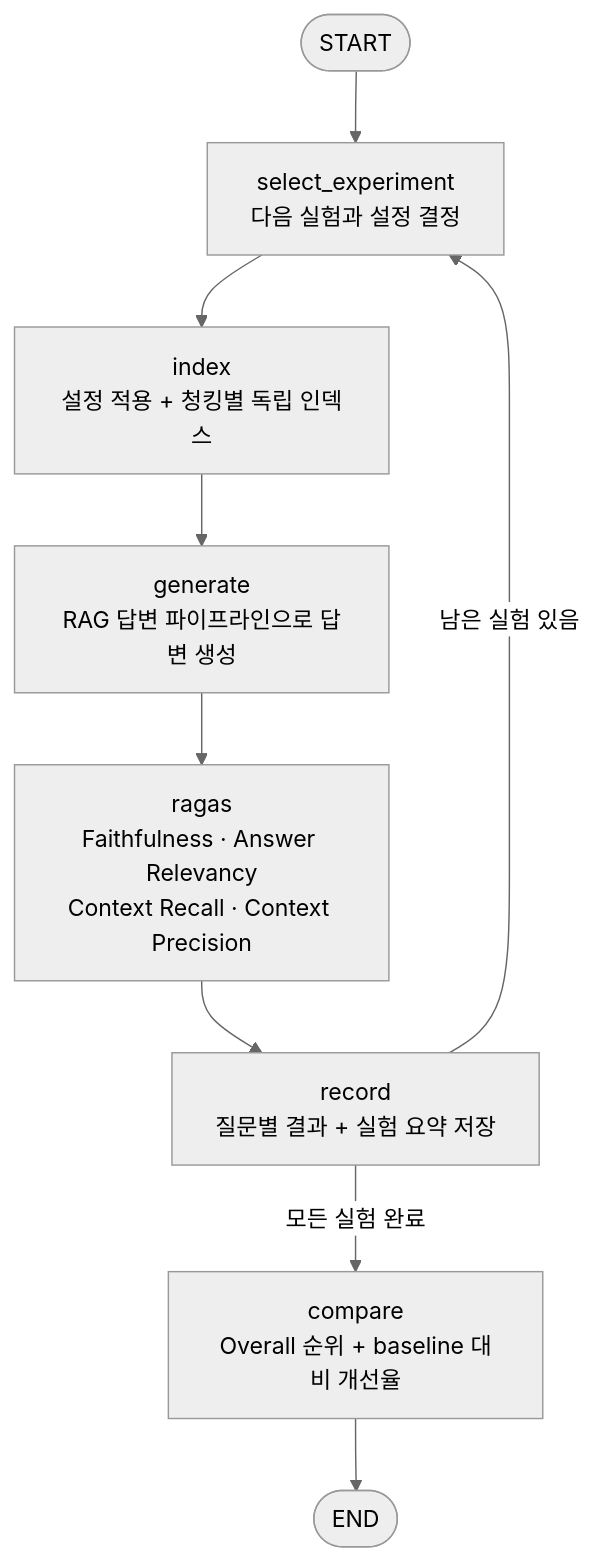
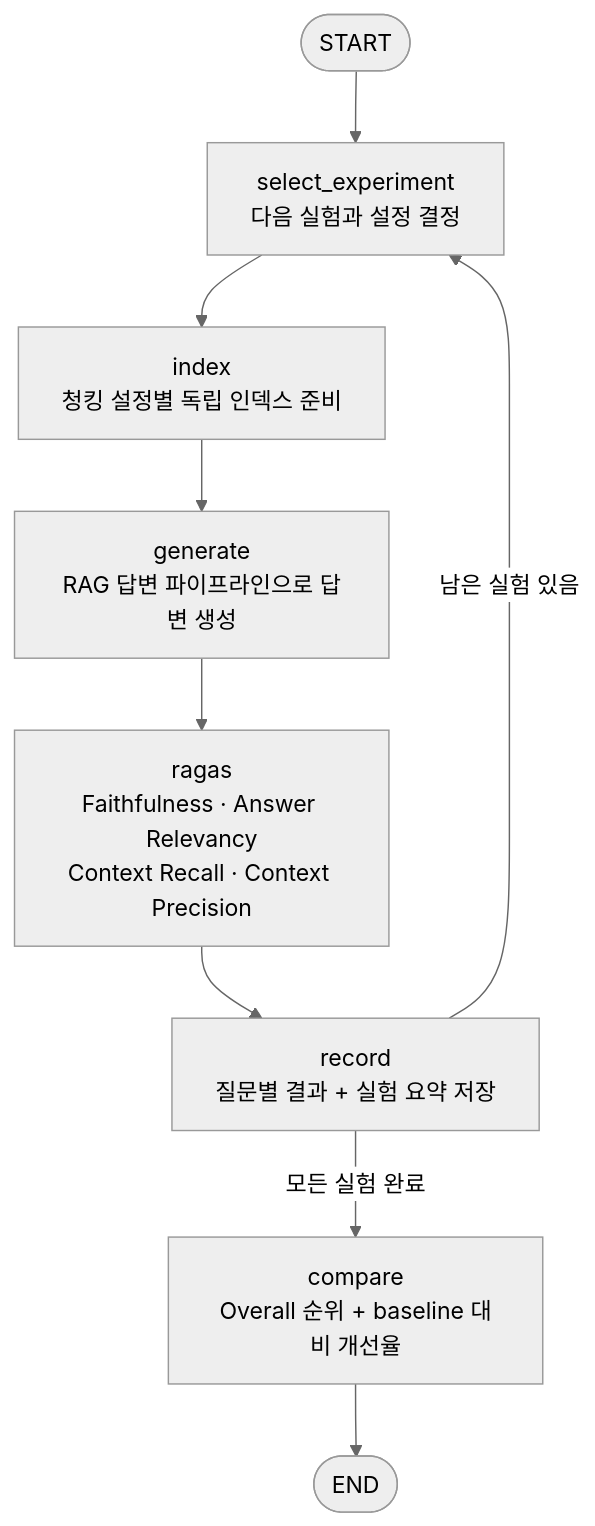
One commit to wook099/langgraph-rag-tuning changed the second of 2 diagrams in README.md. Above: the diagram before and after it, drawn with Mermaid (neutral theme). The commit also changed other lines of this file and 2 other files, not shown here.

````diff
--- a/README.md
+++ b/README.md
@@ -54,11 +56,11 @@
 ```mermaid
 flowchart TD
     S([START]) --> A[select_experiment<br/>다음 실험과 설정 결정]
-    A --> B[index<br/>설정 적용 + 청킹별 독립 인덱스]
+    A --> B[index<br/>청킹 설정별 독립 인덱스 준비]
     B --> C[generate<br/>RAG 답변 파이프라인으로 답변 생성]
     C --> D[ragas<br/>Faithfulness · Answer Relevancy<br/>Context Recall · Context Precision]
     D --> F[record<br/>질문별 결과 + 실험 요약 저장]
     F -->|남은 실험 있음| A
     F -->|모든 실험 완료| H[compare<br/>Overall 순위 + baseline 대비 개선율]
     H --> E([END])
 ```
````
